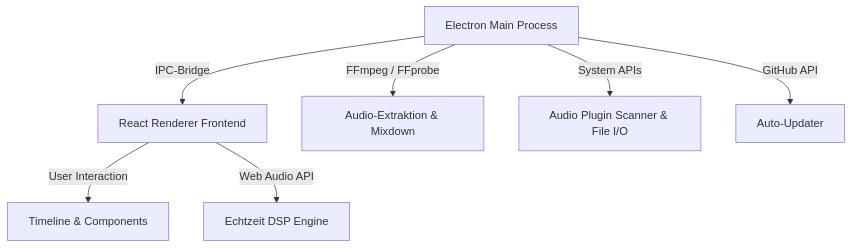
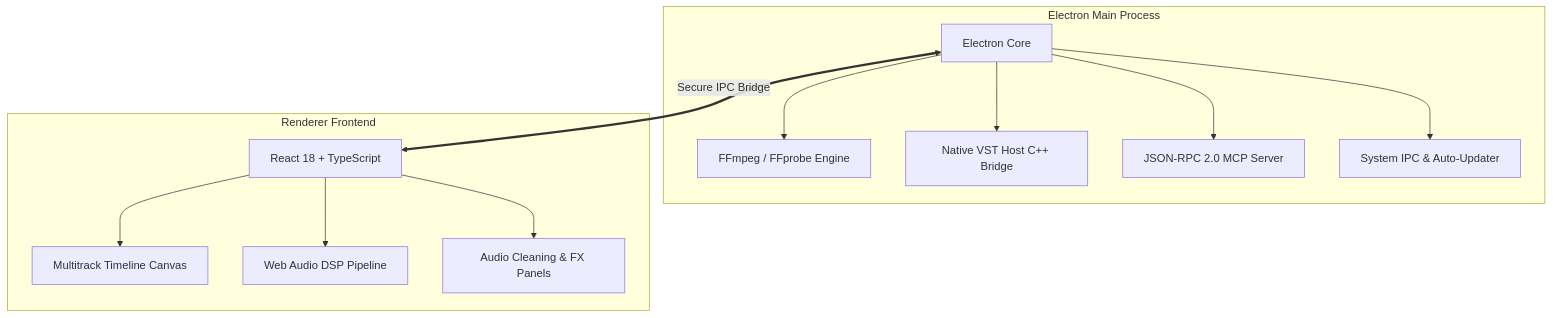
Before and after one commit to OmegaProjct/Omega-Wave-Editor: the diagram in README.md, drawn with Mermaid. The commit also changed other lines of this file, not shown here.

Commit message:
docs: overhaul README.md with modern branding, quick download matrix, MCP server documentation and shortcuts

````diff
--- a/README.md
+++ b/README.md
@@ -99,9 +99,17 @@
 ```mermaid
 graph TD
-    A[Electron Main Process] -->|IPC-Bridge| B[React Renderer Frontend]
-    B -->|User Interaction| C[Timeline & Components]
-    B -->|Web Audio API| D[Echtzeit DSP Engine]
-    A -->|FFmpeg / FFprobe| E[Audio-Extraktion & Mixdown]
-    A -->|System APIs| F[Audio Plugin Scanner & File I/O]
-    A -->|GitHub API| G[Auto-Updater]
+    subgraph Electron Main Process
+        A[Electron Core] --> B[FFmpeg / FFprobe Engine]
+        A --> C[Native VST Host C++ Bridge]
+        A --> D[JSON-RPC 2.0 MCP Server]
+        A --> E[System IPC & Auto-Updater]
+    end
+
+    subgraph Renderer Frontend
+        F[React 18 + TypeScript] --> G[Multitrack Timeline Canvas]
+        F --> H[Web Audio DSP Pipeline]
+        F --> I[Audio Cleaning & FX Panels]
+    end
+
+    A <==>|Secure IPC Bridge| F
 ```
````
